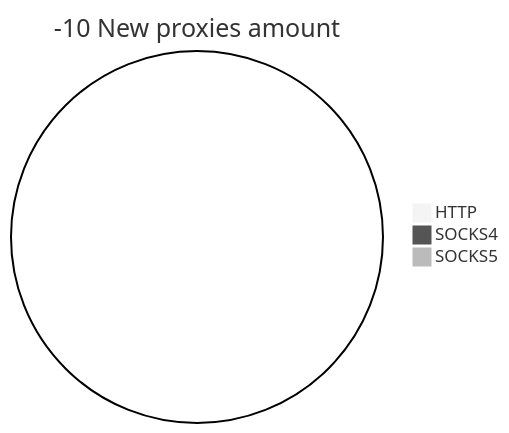
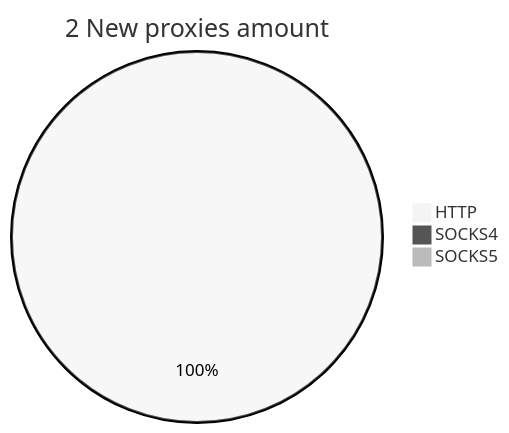
The second of 2 diagrams in README.md (cutipu/proxylist), drawn with Mermaid (neutral theme) before and after one commit. The commit also changed other lines of this file, not shown here.

````diff
--- a/README.md
+++ b/README.md
@@ -10,6 +10,6 @@
 ```mermaid
-pie title -10 New proxies amount
-    "HTTP" : 0
+pie title 2 New proxies amount
+    "HTTP" : 3
     "SOCKS4" : 0
     "SOCKS5" : 0
 ```
````
